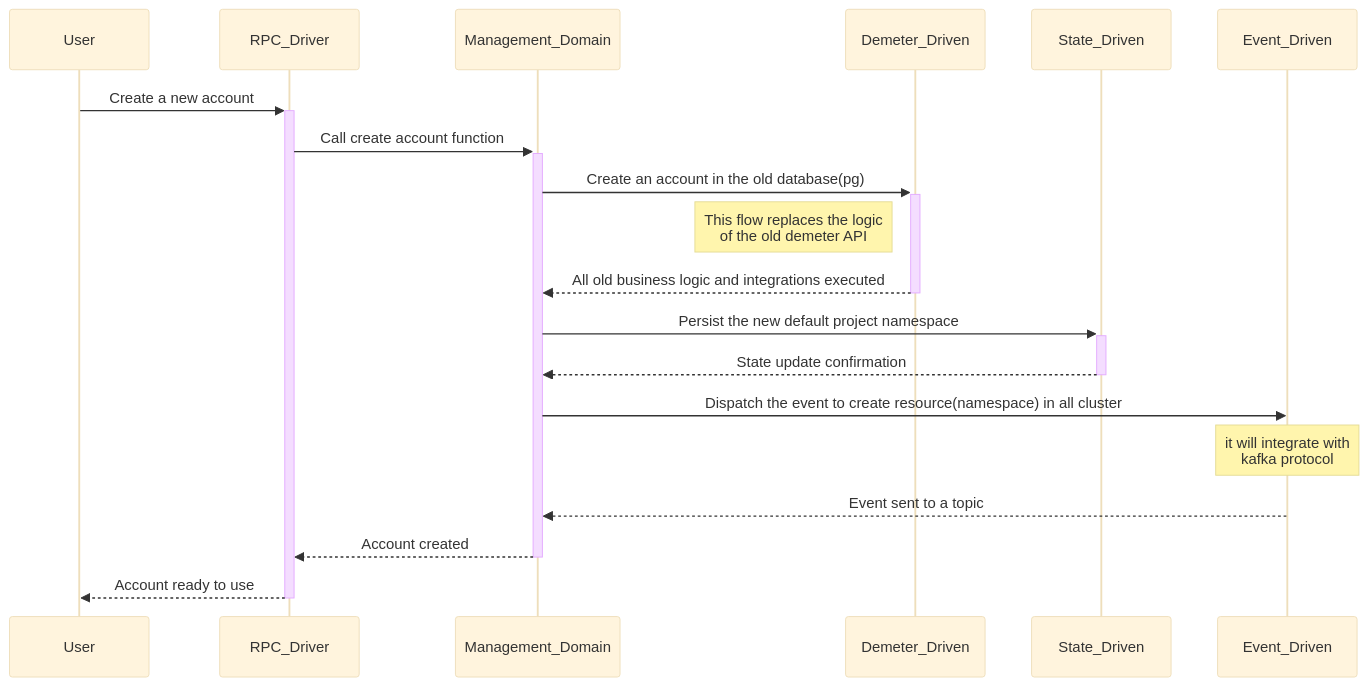
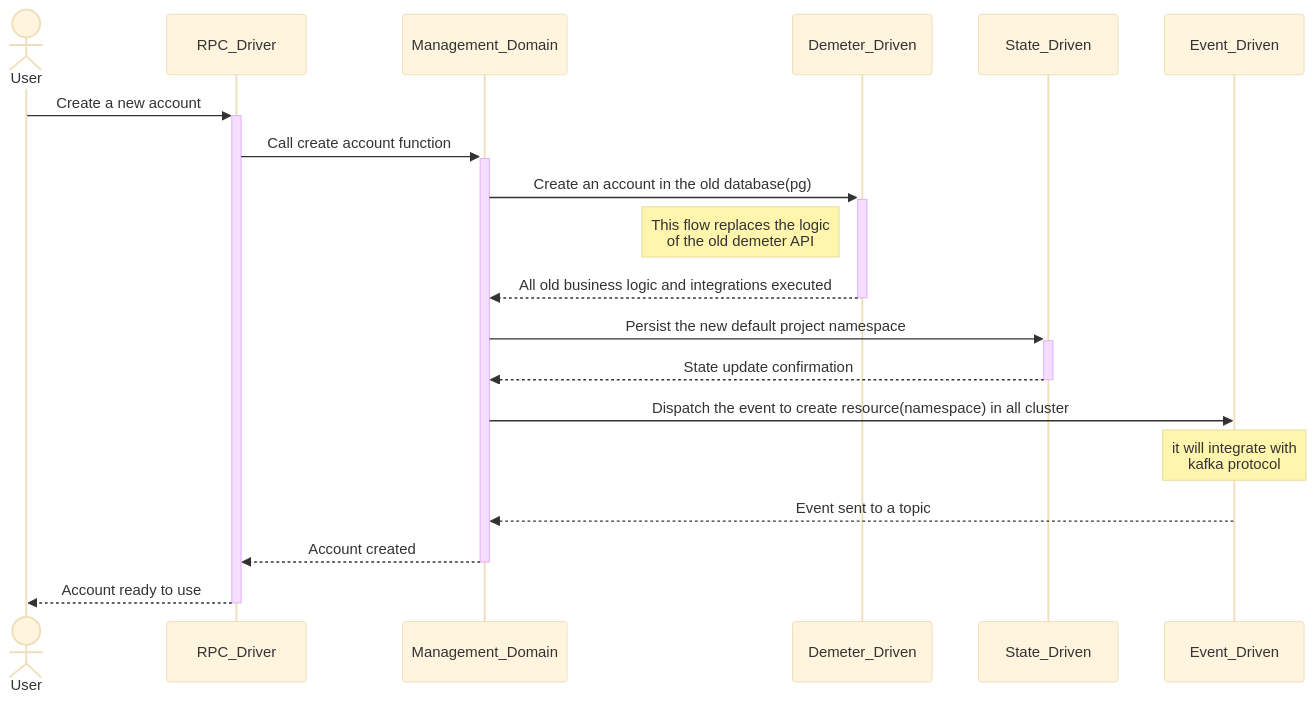
Before and after one commit to demeter-run/fabric: the diagram in diagrams/account.md, drawn with Mermaid (base theme).

Commit message:
docs(diagrams): updated account rpc flow

````diff
--- a/diagrams/account.md
+++ b/diagrams/account.md
@@ -7,19 +7,20 @@
 ```mermaid
 sequenceDiagram   
+    actor User
     User->>+RPC_Driver: Create a new account
     RPC_Driver->>+Management_Domain: Call create account function
 
     Management_Domain->>+Demeter_Driven: Create an account in the old database(pg)
     Note left of Demeter_Driven: This flow replaces the logic <br/> of the old demeter API
     Demeter_Driven-->>-Management_Domain: All old business logic and integrations executed
 
     Management_Domain->>+State_Driven: Persist the new default project namespace
     State_Driven-->>-Management_Domain: State update confirmation 
     
     Management_Domain->>Event_Driven: Dispatch the event to create resource(namespace) in all cluster
     Note over Event_Driven: it will integrate with <br/> kafka protocol
     Event_Driven-->>Management_Domain: Event sent to a topic
 
     Management_Domain-->>-RPC_Driver: Account created
     RPC_Driver-->>-User: Account ready to use
 ```
````
